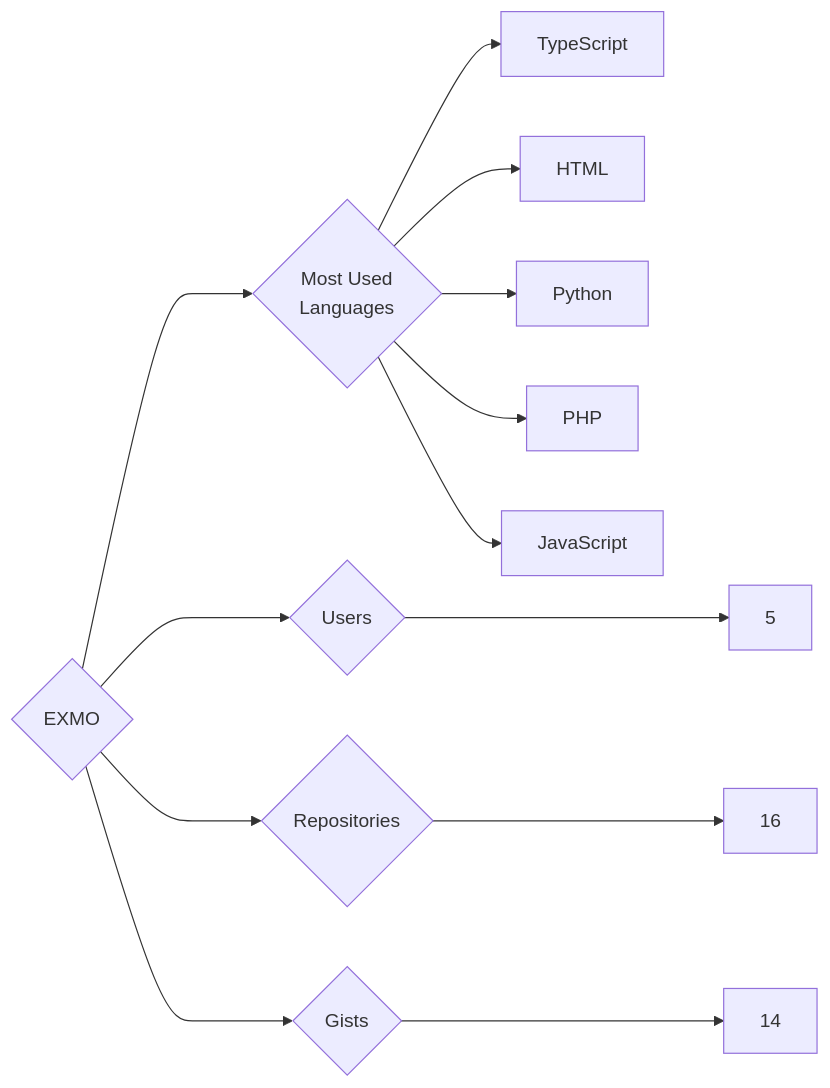
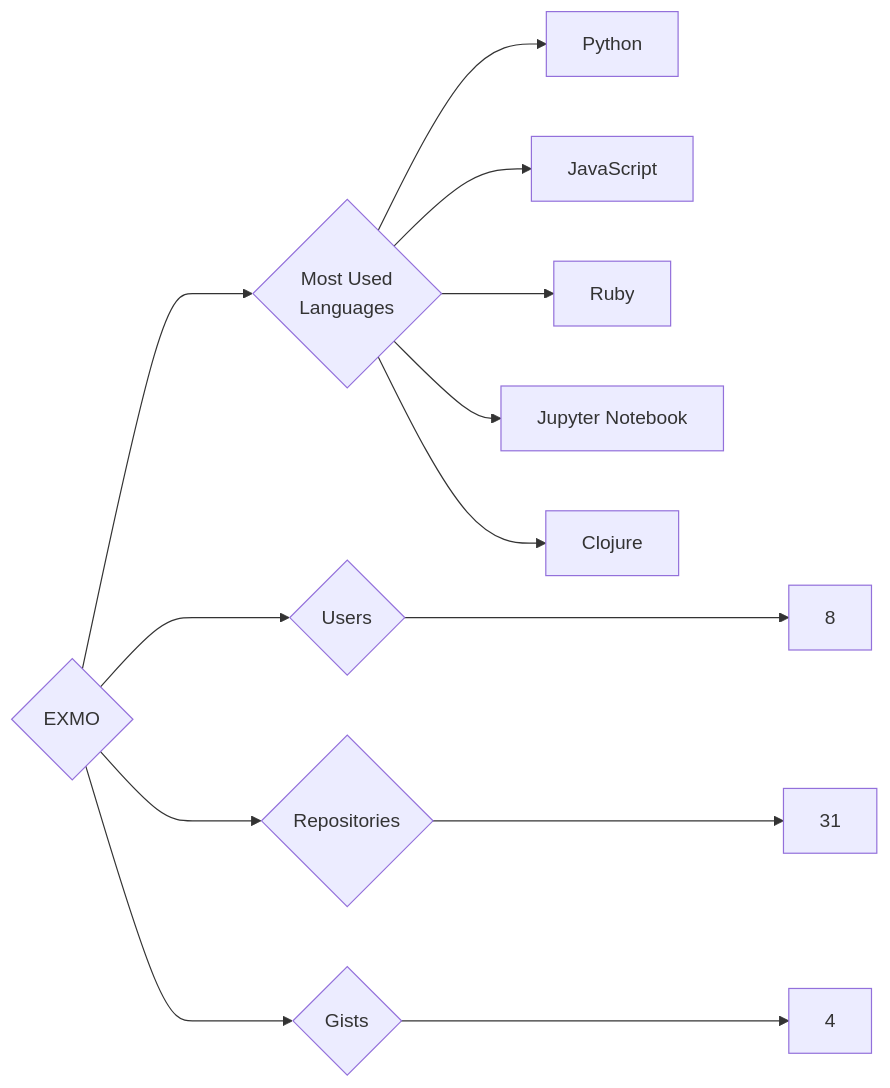
Before and after one commit to trickest/insiders: the diagram in targets/EXMO/README.md, drawn with Mermaid. The commit also changed 1167 other files, not shown here.

````diff
--- a/targets/EXMO/README.md
+++ b/targets/EXMO/README.md
@@ -3,13 +3,13 @@
 ```mermaid
 graph LR
 COMPANY_NAME{EXMO}
-COMPANY_NAME ---> U{Users} ---> UN[5]
-COMPANY_NAME ---> R{Repositories} ---> RN[16]
-COMPANY_NAME ---> G{Gists} ---> GN[14]
+COMPANY_NAME ---> U{Users} ---> UN[8]
+COMPANY_NAME ---> R{Repositories} ---> RN[31]
+COMPANY_NAME ---> G{Gists} ---> GN[4]
 COMPANY_NAME ---> ML{Most Used<br>Languages}
-ML --> TypeScript[TypeScript]
-ML --> HTML[HTML]
 ML --> Python[Python]
-ML --> PHP[PHP]
 ML --> JavaScript[JavaScript]
+ML --> Ruby[Ruby]
+ML --> Jupyter_Notebook[Jupyter Notebook]
+ML --> Clojure[Clojure]
 ```
````
